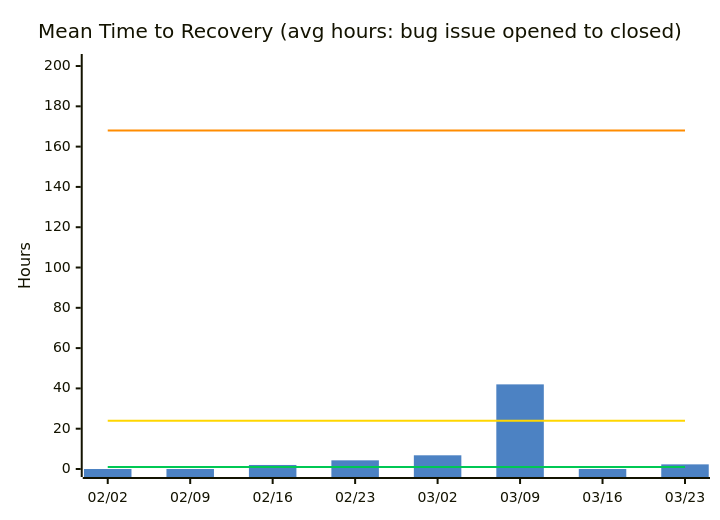
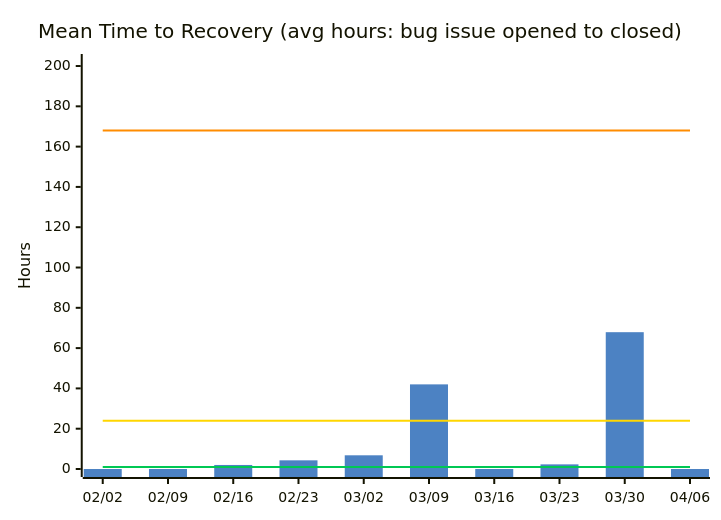
One commit to nablarch/nabledge-dev changed the fourth of 14 diagrams in docs/metrics.md. Above: the diagram before and after it, drawn with Mermaid. The commit also changed other lines of this file and 2 other files, not shown here.

````diff
--- a/docs/metrics.md
+++ b/docs/metrics.md
@@ -73,11 +73,11 @@
 ```mermaid
 %%{init: {'theme': 'base', 'themeVariables': {'xyChart': {'plotColorPalette': '#4C82C3,#00C853,#FFD600,#FF8C00'}}}}%%
 xychart-beta
   title "Mean Time to Recovery (avg hours: bug issue opened to closed)"
-  x-axis ["02/02", "02/09", "02/16", "02/23", "03/02", "03/09", "03/16", "03/23"]
+  x-axis ["02/02", "02/09", "02/16", "02/23", "03/02", "03/09", "03/16", "03/23", "03/30", "04/06"]
   y-axis "Hours" 0 --> 202
-  bar [0, 0, 2, 4.3, 6.8, 42, 0, 2.3]
-  line [1, 1, 1, 1, 1, 1, 1, 1]
-  line [24, 24, 24, 24, 24, 24, 24, 24]
-  line [168, 168, 168, 168, 168, 168, 168, 168]
+  bar [0, 0, 2, 4.3, 6.8, 42, 0, 2.3, 67.9, 0]
+  line [1, 1, 1, 1, 1, 1, 1, 1, 1, 1]
+  line [24, 24, 24, 24, 24, 24, 24, 24, 24, 24]
+  line [168, 168, 168, 168, 168, 168, 168, 168, 168, 168]
 ```
````
